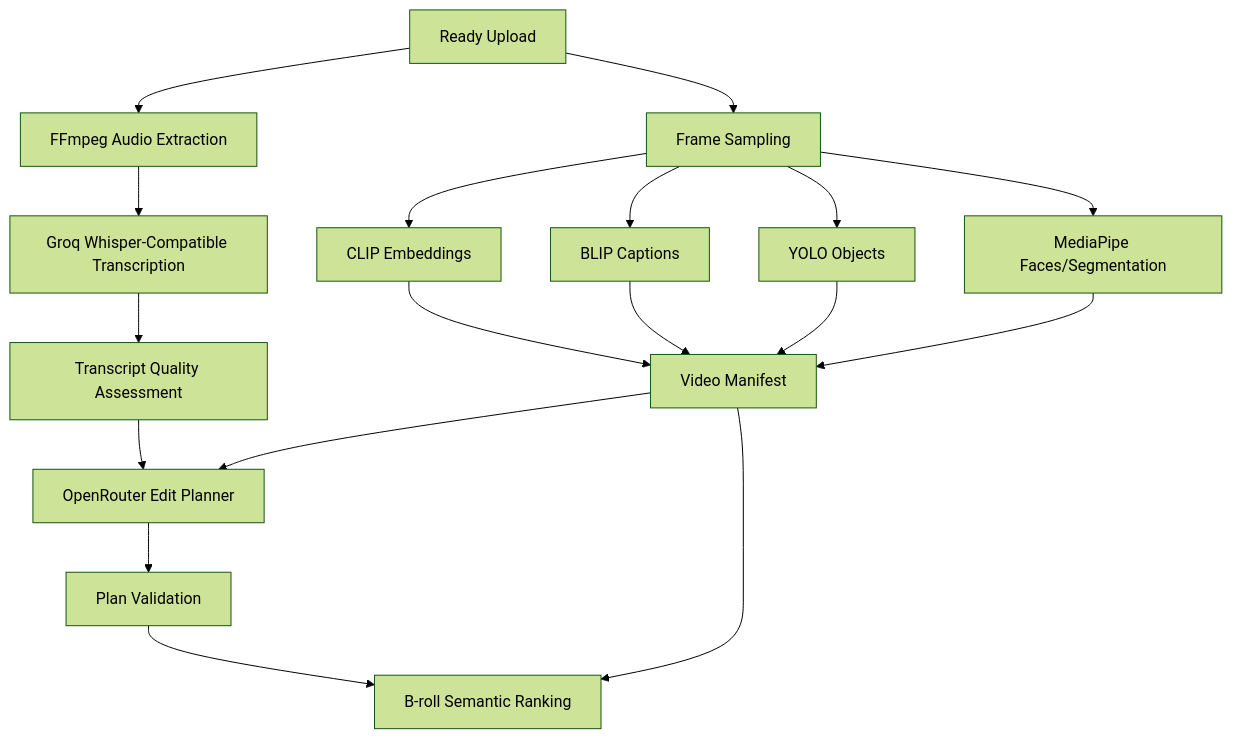
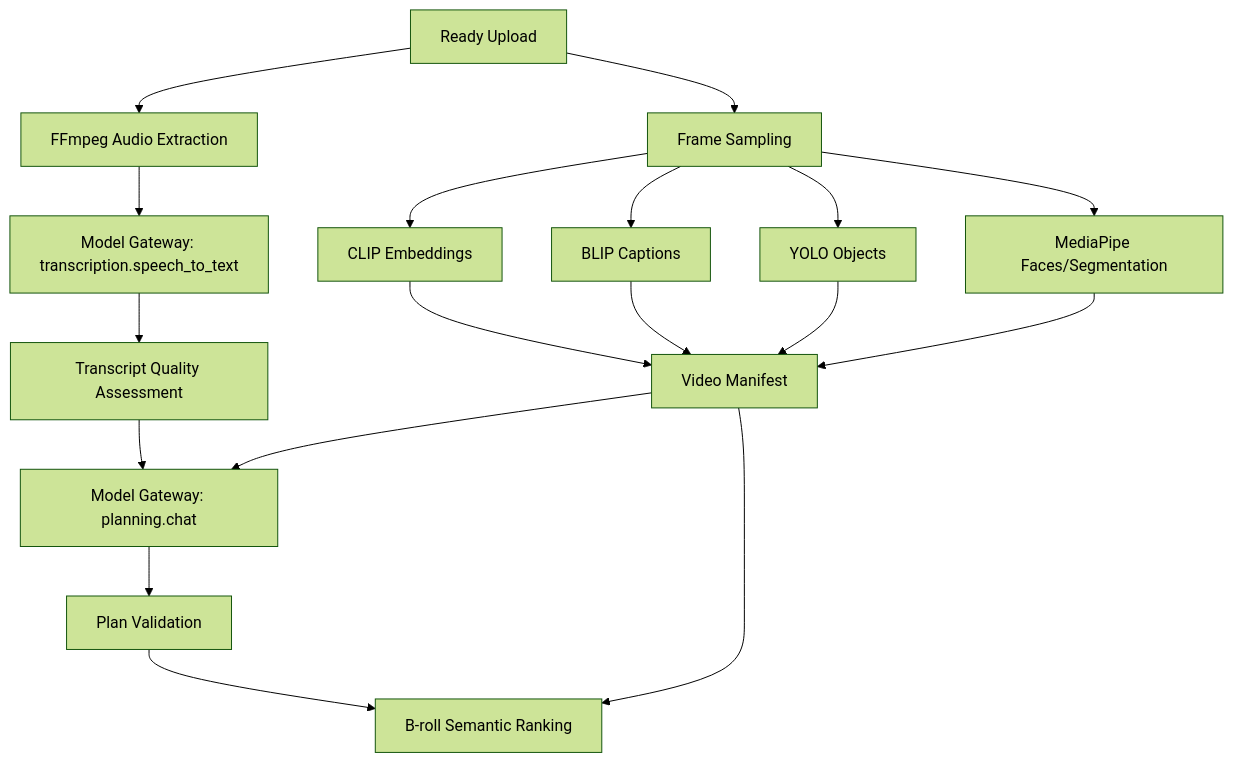
The fourth of 6 diagrams in docs/architecture/motionly-tech-stack-and-data-flow.md (ToxicTox007/Motionly-claude), drawn with Mermaid (forest theme) before and after one commit. The commit also changed other lines of this file and 410 other files, not shown here.

````diff
--- a/docs/architecture/motionly-tech-stack-and-data-flow.md
+++ b/docs/architecture/motionly-tech-stack-and-data-flow.md
@@ -475,20 +480,20 @@
 ```mermaid
 flowchart TD
   UploadReady[Ready Upload] --> AudioExtract[FFmpeg Audio Extraction]
-  AudioExtract --> Groq[Groq Whisper-Compatible Transcription]
-  Groq --> Quality[Transcript Quality Assessment]
+  AudioExtract --> GatewaySTT[Model Gateway: transcription.speech_to_text]
+  GatewaySTT --> Quality[Transcript Quality Assessment]
   UploadReady --> FrameSample[Frame Sampling]
   FrameSample --> CLIP[CLIP Embeddings]
   FrameSample --> BLIP[BLIP Captions]
   FrameSample --> YOLO[YOLO Objects]
   FrameSample --> MediaPipe[MediaPipe Faces/Segmentation]
   CLIP --> Manifest[Video Manifest]
   BLIP --> Manifest
   YOLO --> Manifest
   MediaPipe --> Manifest
-  Quality --> Planner[OpenRouter Edit Planner]
+  Quality --> Planner[Model Gateway: planning.chat]
   Manifest --> Planner
   Planner --> Validate[Plan Validation]
   Validate --> BrollRank[B-roll Semantic Ranking]
   Manifest --> BrollRank
 ```
````
